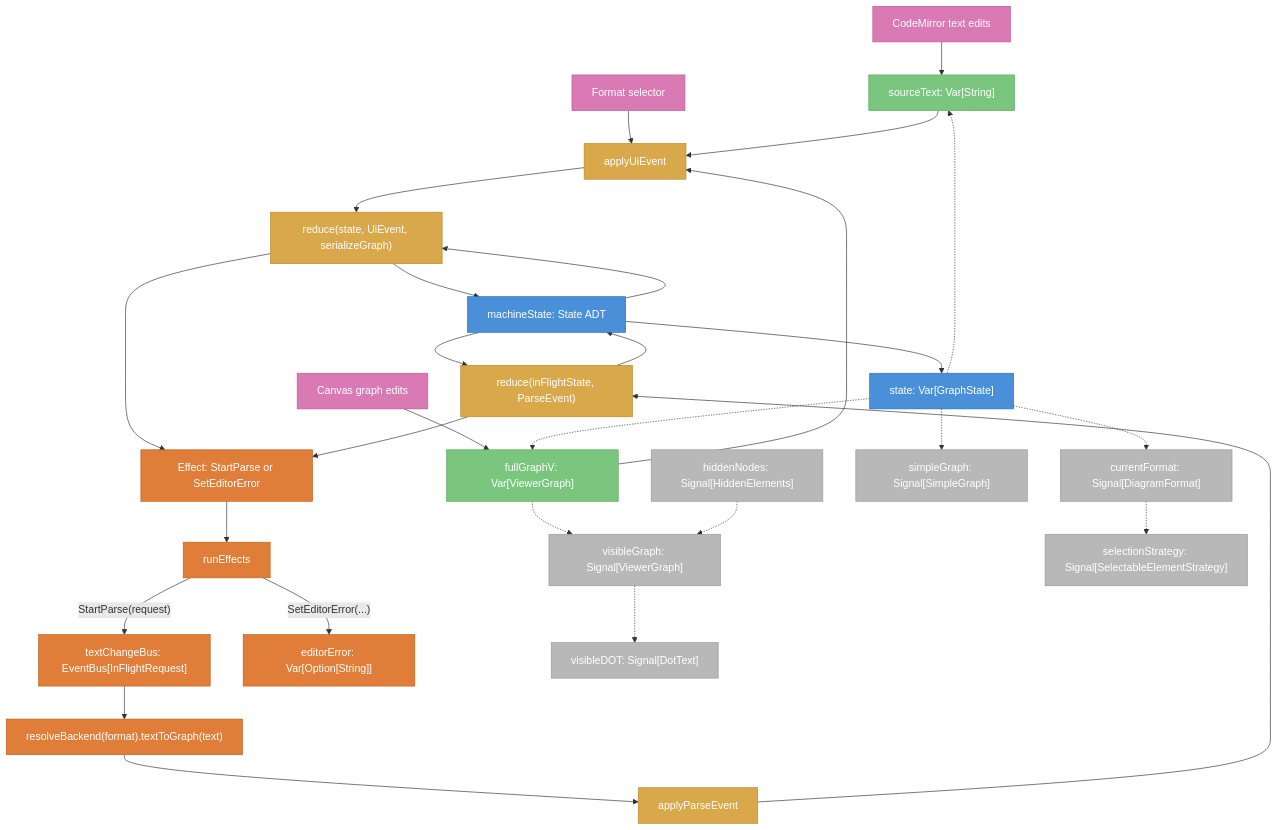
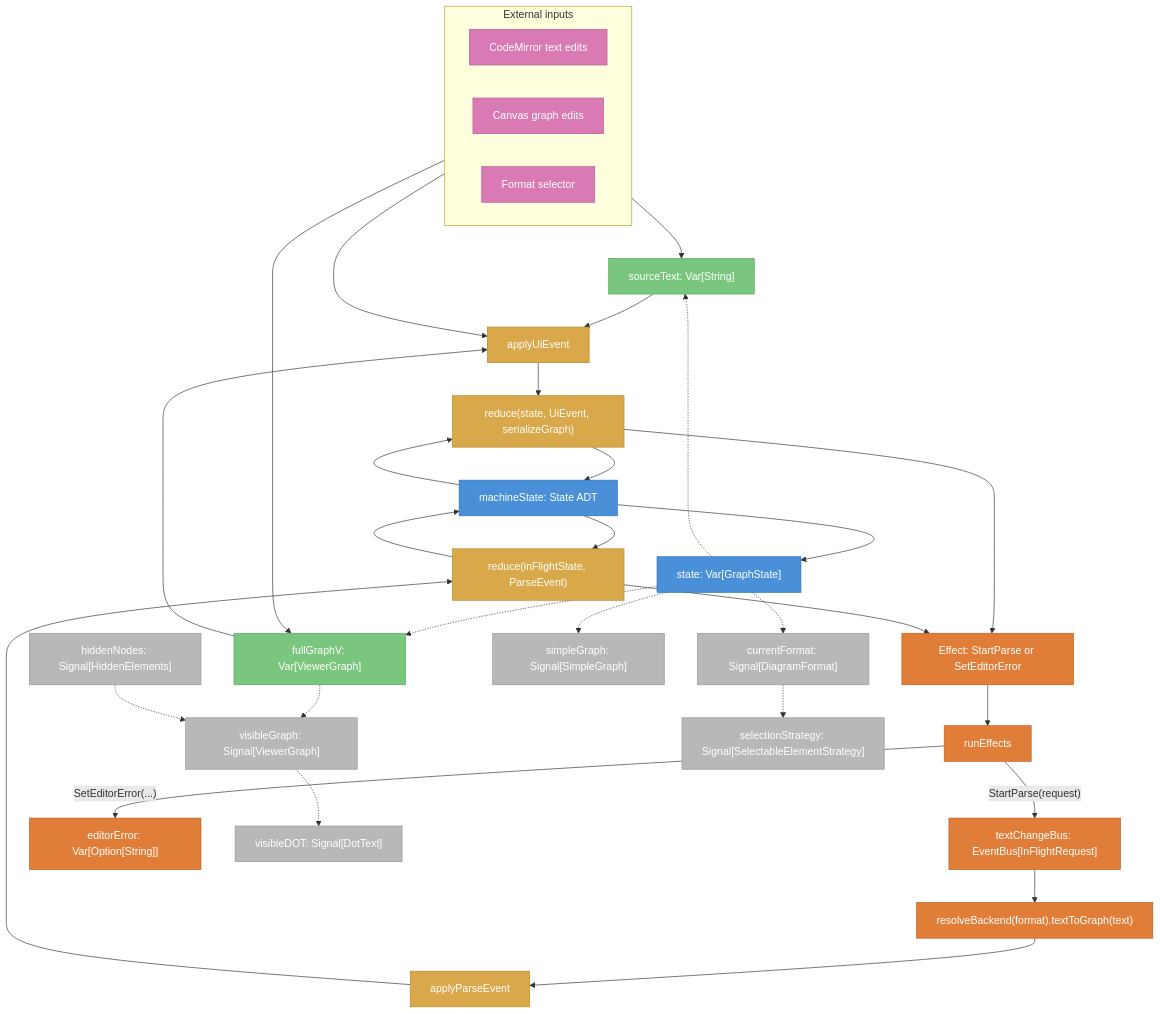
Before and after one commit to jpablo/graph-explorer: the first of 2 diagrams in docs/internal-phases-dataflow.md, drawn with Mermaid.

Commit message:
docs: align external input nodes in data flow diagram

````diff
--- a/docs/internal-phases-dataflow.md
+++ b/docs/internal-phases-dataflow.md
@@ -3,9 +3,12 @@
 ```mermaid
 flowchart TD
     %% External inputs
-    CM["CodeMirror text edits"]
-    GUI["Canvas graph edits"]
-    FMT["Format selector"]
+    subgraph INPUTS["External inputs"]
+        direction LR
+        CM["CodeMirror text edits"]
+        GUI["Canvas graph edits"]
+        FMT["Format selector"]
+    end
 
     %% Public Vars
     ST["sourceText: Var[String]"]
````
